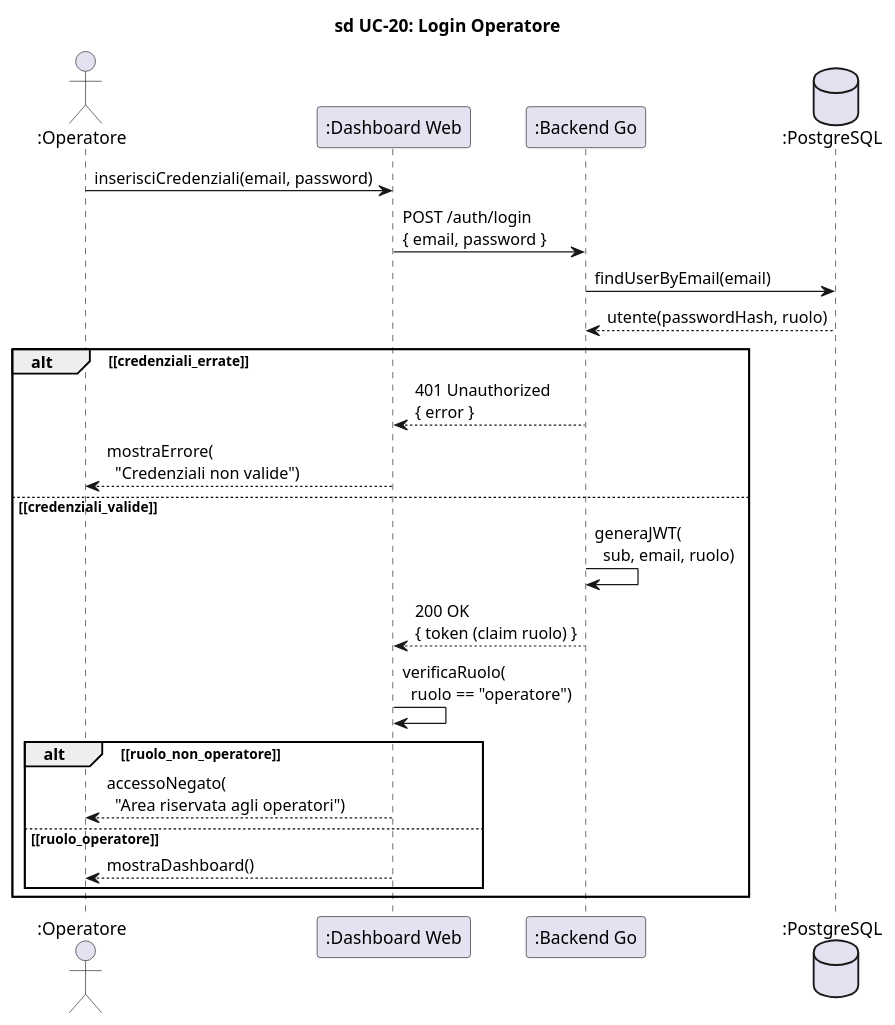
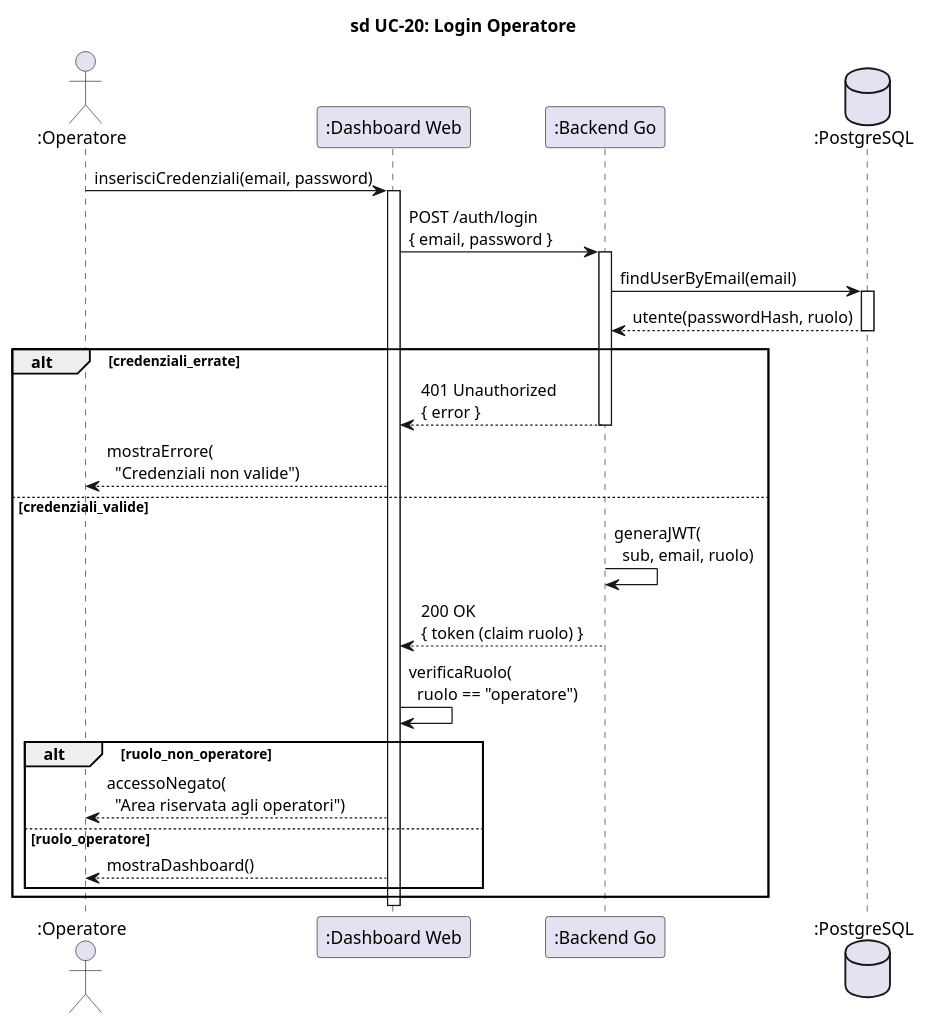
Before and after one commit to Lorisforse/Zipply: the diagram in docs/diagrams/puml/Sprint 2/sd_UC20_LoginOperatore.puml, drawn with PlantUML. The commit also changed 65 other files, not shown here.

Commit message:
Aggiunta UML sprint 3

```diff
--- a/docs/diagrams/puml/Sprint 2/sd_UC20_LoginOperatore.puml
+++ b/docs/diagrams/puml/Sprint 2/sd_UC20_LoginOperatore.puml
@@ -1,34 +1,42 @@
 @startuml sd_UC20_LoginOperatore
 
 title sd UC-20: Login Operatore
 
 skinparam hyperlinkColor black
 skinparam hyperlinkUnderline false
 
 actor ":Operatore" as Operatore
 participant ":Dashboard Web" as Dash
 participant ":Backend Go" as Backend
 database ":PostgreSQL" as DB
 
 Operatore -> Dash : inserisciCredenziali(email, password)
+activate Dash
 
 Dash -> Backend : POST /auth/login\n{ email, password }
+activate Backend
 
 Backend -> DB : findUserByEmail(email)
+activate DB
 DB --> Backend : utente(passwordHash, ruolo)
+deactivate DB
 
-alt ~[credenziali_errate~]
+alt credenziali_errate
     Backend --> Dash : 401 Unauthorized\n{ error }
+    deactivate Backend
     Dash --> Operatore : mostraErrore(\n  "Credenziali non valide")
-else ~[credenziali_valide~]
+else credenziali_valide
     Backend -> Backend : generaJWT(\n  sub, email, ruolo)
     Backend --> Dash : 200 OK\n{ token (claim ruolo) }
+    deactivate Backend
     Dash -> Dash : verificaRuolo(\n  ruolo == "operatore")
-    alt ~[ruolo_non_operatore~]
+    alt ruolo_non_operatore
         Dash --> Operatore : accessoNegato(\n  "Area riservata agli operatori")
-    else ~[ruolo_operatore~]
+    else ruolo_operatore
         Dash --> Operatore : mostraDashboard()
     end
 end
 
+deactivate Dash
+
 @enduml
```
